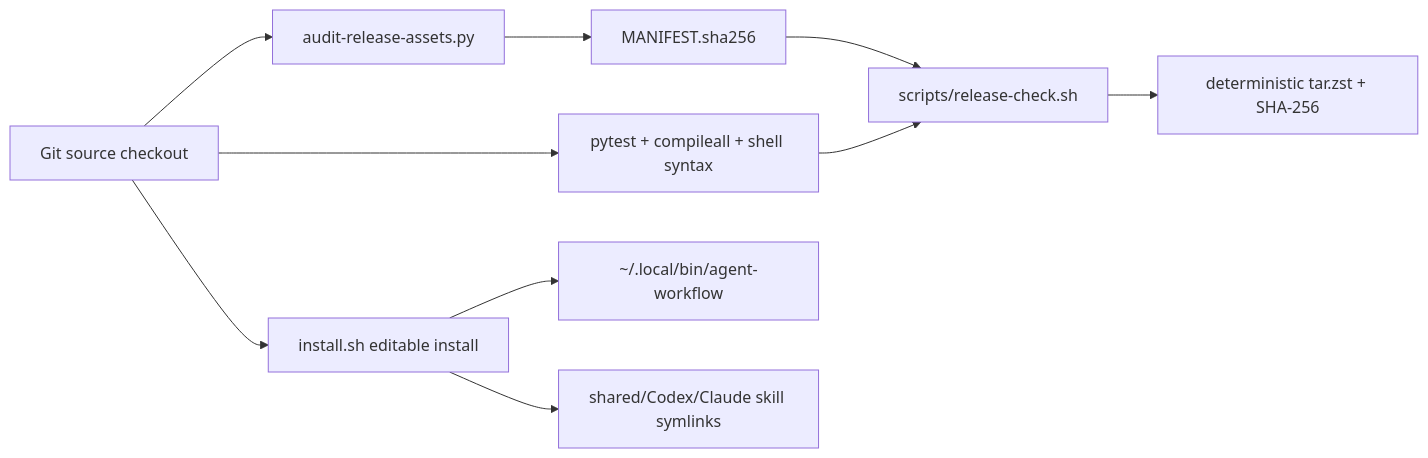
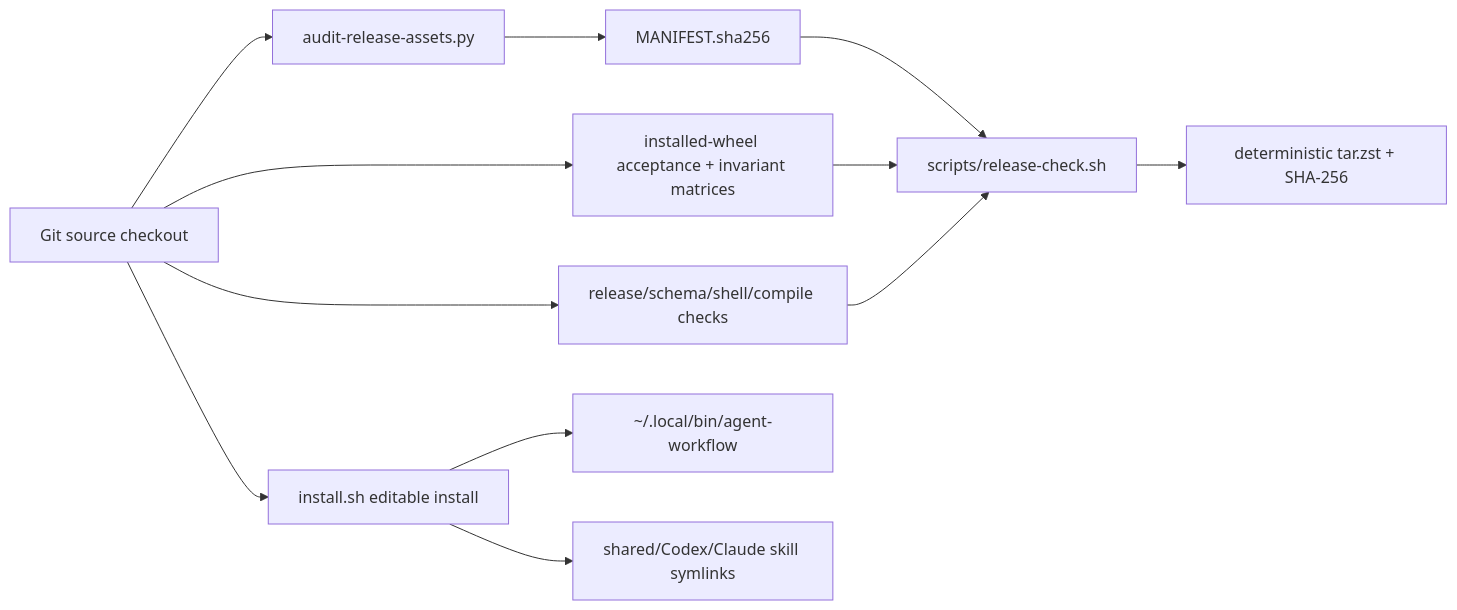
One commit to ngallodev-software/agent-workflow changed diagram 19 of 24 in docs/diagrams/REPOSITORY_CHART_PACK.md. Above: the diagram before and after it, drawn with Mermaid. The commit also changed other lines of this file and 316 other files, not shown here.

````diff
--- a/docs/diagrams/REPOSITORY_CHART_PACK.md
+++ b/docs/diagrams/REPOSITORY_CHART_PACK.md
@@ -395,12 +395,14 @@
 ```mermaid
 flowchart LR
   Source[Git source checkout] --> Audit[audit-release-assets.py]
   Audit --> Manifest[MANIFEST.sha256]
-  Source --> Tests[pytest + compileall + shell syntax]
+  Source --> Tests[installed-wheel acceptance + invariant matrices]
+  Source --> Static[release/schema/shell/compile checks]
   Manifest --> ReleaseCheck[scripts/release-check.sh]
   Tests --> ReleaseCheck
+  Static --> ReleaseCheck
   ReleaseCheck --> Archive[deterministic tar.zst + SHA-256]
   Source --> Install[install.sh editable install]
   Install --> Launcher[~/.local/bin/agent-workflow]
   Install --> SkillLinks[shared/Codex/Claude skill symlinks]
 ```
````
